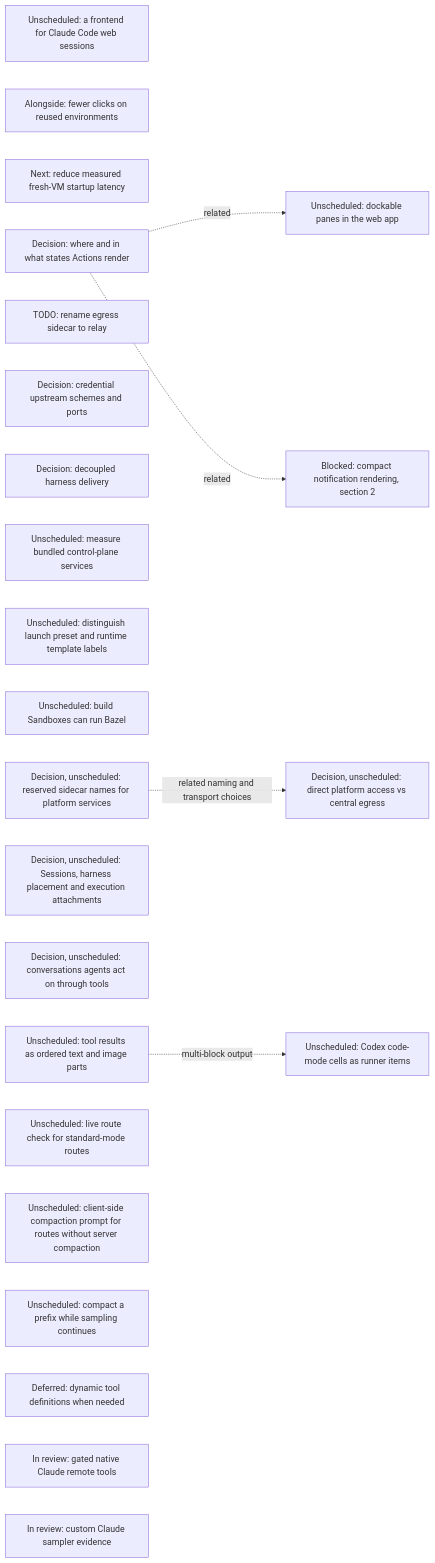
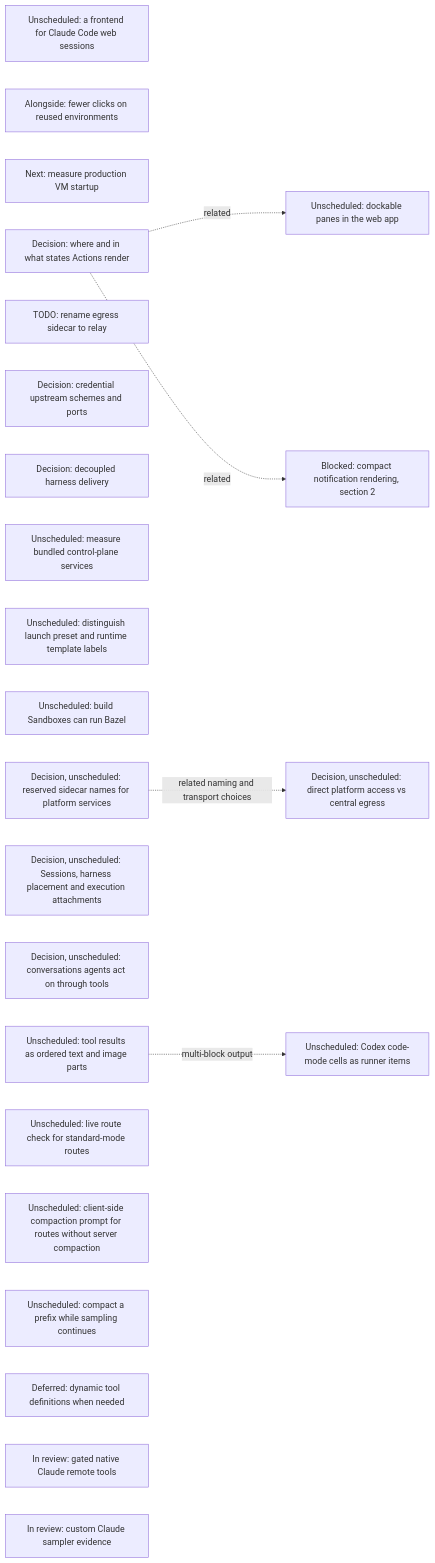
Before and after one commit to agentydragon/ducktape: the sixth of 18 diagrams in agentplane/plans/task_dag.md, drawn with Mermaid. The commit also changed other lines of this file and 1 other file, not shown here.

Commit message:
Document VM startup prior work and measurement gap

````diff
--- a/agentplane/plans/task_dag.md
+++ b/agentplane/plans/task_dag.md
@@ -954,30 +954,30 @@
 ```mermaid
 flowchart LR
     CLAUDE_CODE_WEB_BRIDGE[Unscheduled: a frontend for Claude Code web sessions]
     SESSION_LAUNCH_FRICTION[Alongside: fewer clicks on reused environments]
-    VM_STARTUP_LATENCY[Next: reduce measured fresh-VM startup latency]
+    VM_STARTUP_LATENCY[Next: measure production VM startup]
     ACTION_SURFACES_DESIGN[Decision: where and in what states Actions render]
     EGRESS_RELAY_RENAME[TODO: rename egress sidecar to relay]
     EGRESS_CREDENTIAL_TRANSPORT_DESIGN[Decision: credential upstream schemes and ports]
     RUNNER_HARNESS_DELIVERY_DESIGN[Decision: decoupled harness delivery]
     K3S_BUNDLED_SERVICES_SPIKE[Unscheduled: measure bundled control-plane services]
     DOCKABLE_PANES[Unscheduled: dockable panes in the web app]
     ACTION_SURFACES_DESIGN -. related .-> DOCKABLE_PANES
     NOTIFICATION_PRESENTATION[Blocked: compact notification rendering, section 2]
     ACTION_SURFACES_DESIGN -. related .-> NOTIFICATION_PRESENTATION
     SANDBOX_FORM_TERMINOLOGY[Unscheduled: distinguish launch preset and runtime template labels]
     BUILD_BOX_BAZEL[Unscheduled: build Sandboxes can run Bazel]
     PLATFORM_SERVICE_NAMES_DESIGN[Decision, unscheduled: reserved sidecar names for platform services]
     PLATFORM_SERVICE_ROUTING_DESIGN[Decision, unscheduled: direct platform access vs central egress]
     PLATFORM_SERVICE_NAMES_DESIGN -. related naming and transport choices .-> PLATFORM_SERVICE_ROUTING_DESIGN
     SESSION_RUNTIME_MODEL_DESIGN[Decision, unscheduled: Sessions, harness placement and execution attachments]
     AGENT_AUTHORED_CONVERSATIONS_DESIGN[Decision, unscheduled: conversations agents act on through tools]
     STRUCTURED_TOOL_OUTPUT[Unscheduled: tool results as ordered text and image parts]
     STRUCTURED_TOOL_OUTPUT -. multi-block output .-> CODEX_CODE_MODE_CELLS[Unscheduled: Codex code-mode cells as runner items]
     CENTRAL_SAMPLER_MODEL_CAPABILITIES[Unscheduled: live route check for standard-mode routes]
     CENTRAL_SAMPLER_PROMPT_COMPACTION[Unscheduled: client-side compaction prompt for routes without server compaction]
     CENTRAL_SAMPLER_BACKGROUND_COMPACTION[Unscheduled: compact a prefix while sampling continues]
     CENTRAL_SAMPLER_DYNAMIC_TOOLS[Deferred: dynamic tool definitions when needed]
     CLAUDE_REMOTE_EXECUTION_SPIKE[In review: gated native Claude remote tools]
     CLAUDE_CUSTOM_SAMPLER[In review: custom Claude sampler evidence]
 ```
````
